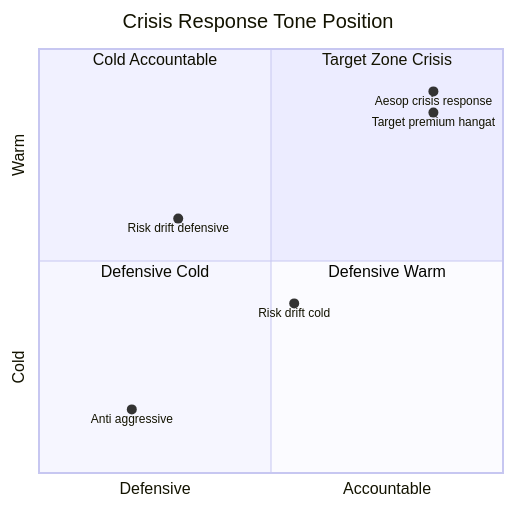
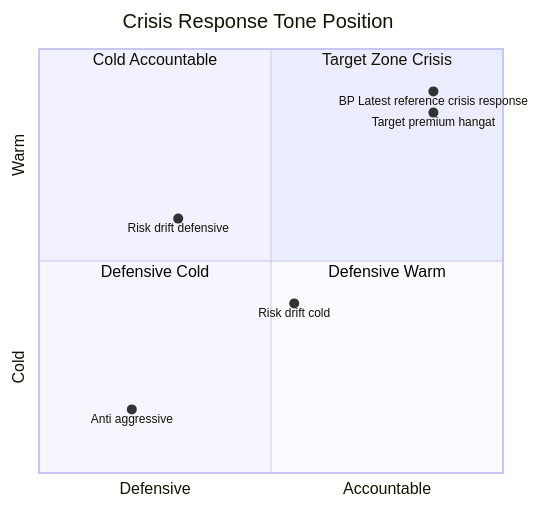
The second of 2 diagrams in librechat-deploy/skills/cco/crisis-communication.md (MahewAi/Mahew), drawn with Mermaid before and after one commit. The commit also changed 80 other files, not shown here.

````diff
--- a/librechat-deploy/skills/cco/crisis-communication.md
+++ b/librechat-deploy/skills/cco/crisis-communication.md
@@ -414,15 +414,15 @@
 ```mermaid
 quadrantChart
     title Crisis Response Tone Position
     x-axis Defensive --> Accountable
     y-axis Cold --> Warm
     quadrant-1 Target Zone Crisis
     quadrant-2 Cold Accountable
     quadrant-3 Defensive Cold
     quadrant-4 Defensive Warm
     Target premium hangat: [0.85, 0.85]
-    Aesop crisis response: [0.85, 0.9]
+    BP Latest reference crisis response: [0.85, 0.9]
     Risk drift cold: [0.55, 0.4]
     Risk drift defensive: [0.3, 0.6]
     Anti aggressive: [0.2, 0.15]
 ```
````
